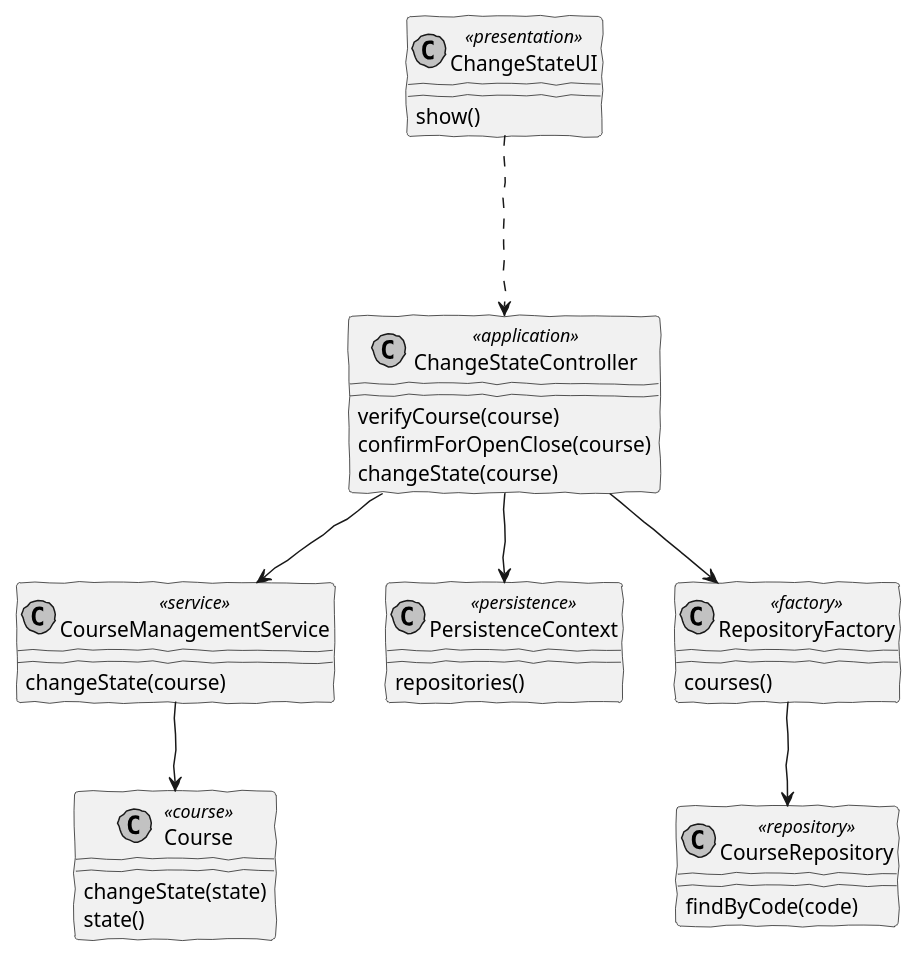
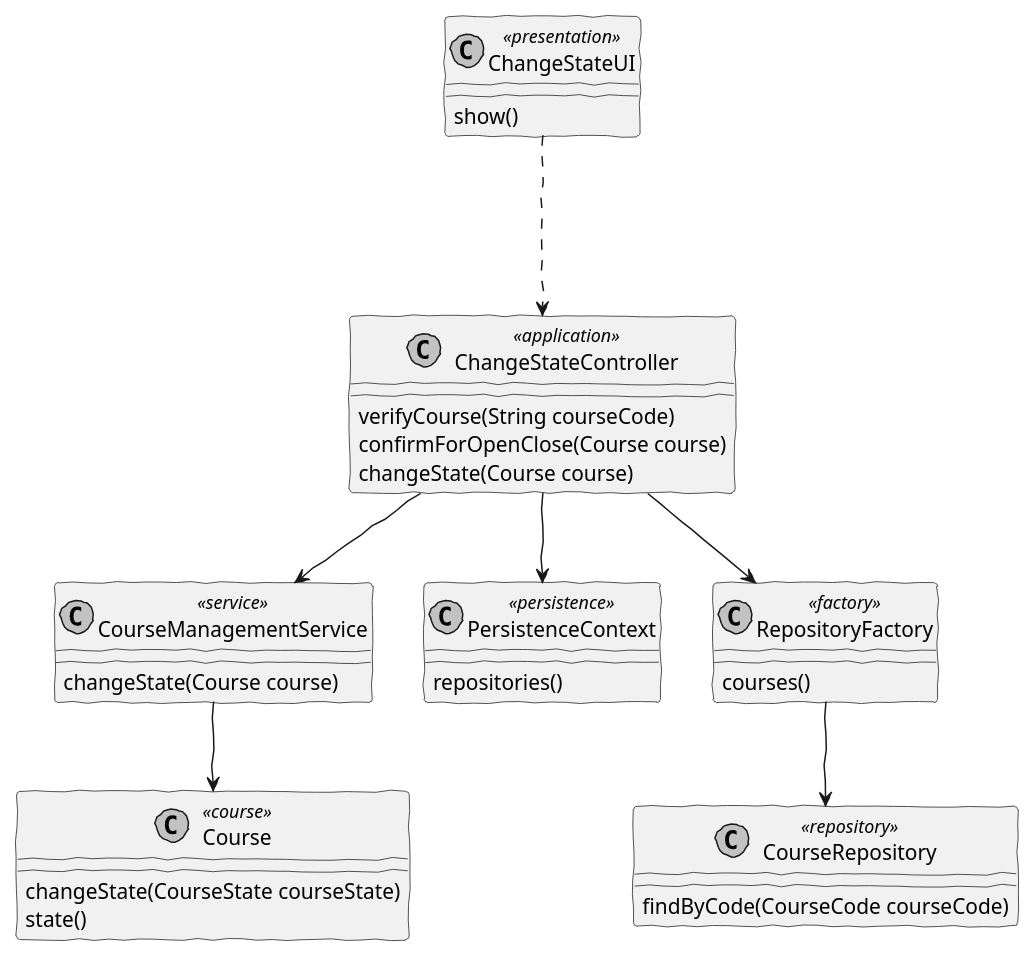
The diagram in docs/SPRINT B/US_1004/CD/CD.puml (brunacosta03/sem4pi_22_23), drawn with PlantUML before and after one commit. The commit also changed 4 other files, not shown here.

```diff
--- a/docs/SPRINT B/US_1004/CD/CD.puml
+++ b/docs/SPRINT B/US_1004/CD/CD.puml
@@ -1,59 +1,59 @@
 @startuml
 
 skinparam handwritten true
 skinparam monochrome true
 skinparam packageStyle rect
 skinparam defaultFontName FG Virgil
 skinparam shadowing false
 
 
 class ChangeStateUI <<presentation>>
 class ChangeStateController<<application>>
 class CourseManagementService<<service>>
 class Course<<course>>
 class PersistenceContext<<persistence>>
 class RepositoryFactory<<factory>>
 class CourseRepository <<repository>>
 
 class ChangeStateUI{
 show()
 }
 
 class ChangeStateController{
-verifyCourse(course)
-confirmForOpenClose(course)
-changeState(course)
+verifyCourse(String courseCode)
+confirmForOpenClose(Course course)
+changeState(Course course)
 }
 
 class PersistenceContext{
 repositories()
 }
 
 class RepositoryFactory{
 courses()
 }
 
 class CourseRepository{
-findByCode(code)
+findByCode(CourseCode courseCode)
 }
 
 class Course{
-changeState(state)
+changeState(CourseState courseState)
 state()
 }
 
 class CourseManagementService{
-changeState(course)
+changeState(Course course)
 }
 
 ChangeStateUI -.-> ChangeStateController
 
 ChangeStateController --> PersistenceContext
 ChangeStateController --> RepositoryFactory
 ChangeStateController --> CourseManagementService
 
 RepositoryFactory --> CourseRepository
 
 CourseManagementService --> Course
 
 @enduml
```
